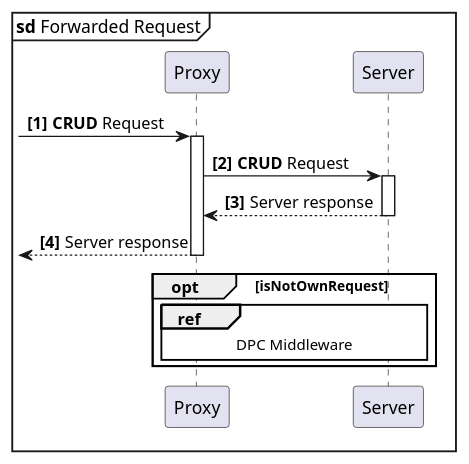
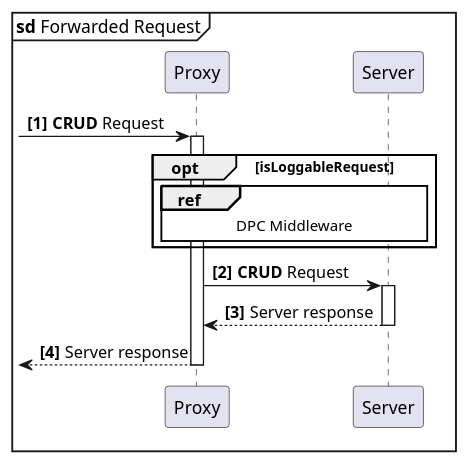
Before and after one commit to guddii/SEACT: the diagram in docs/resources/diagrams/sd_Forwarded_request.puml, drawn with PlantUML. The commit also changed 58 other files, not shown here.

```diff
--- a/docs/resources/diagrams/sd_Forwarded_request.puml
+++ b/docs/resources/diagrams/sd_Forwarded_request.puml
@@ -1,20 +1,21 @@
 @startuml
 'https://plantuml.com/sequence-diagram
 
 skinparam sequenceReferenceBackgroundColor white
 
 mainframe **sd** Forwarded Request
 autonumber 1 1 "<b>[0]"
 
 participant "Proxy" as Proxy
 participant "Server" as Server
 
         [->  Proxy  ++  : **CRUD** Request
+        opt isLoggableRequest
+        ||5||
+        ref over Proxy, Server : DPC Middleware
+        end
 Proxy   ->  Server  ++  : **CRUD** Request
 Proxy   <-- Server  --  : Server response
         [<-- Proxy  --  : Server response
-opt isNotOwnRequest
-||5||
-ref over Proxy, Server : DPC Middleware
-end
+
 @enduml
```
